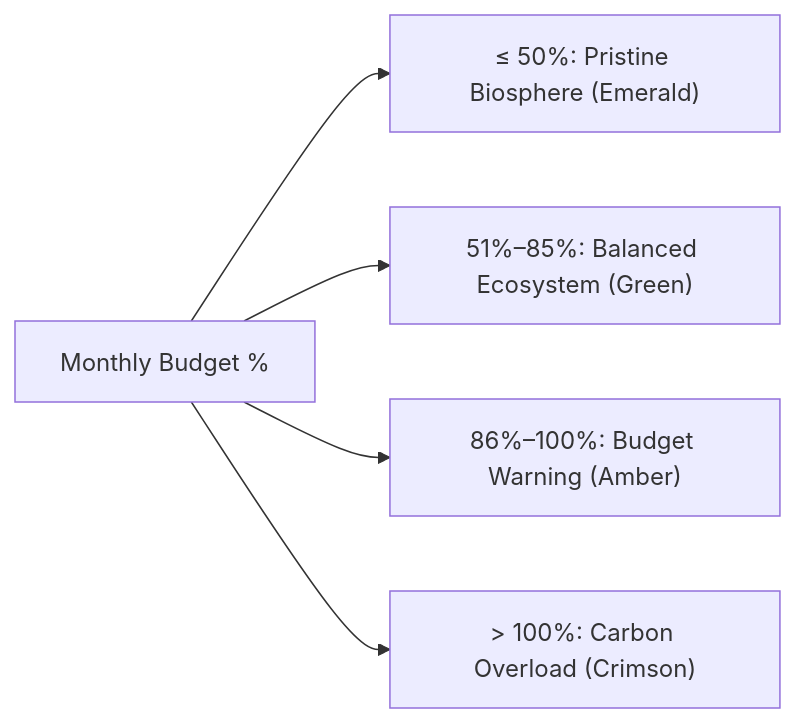
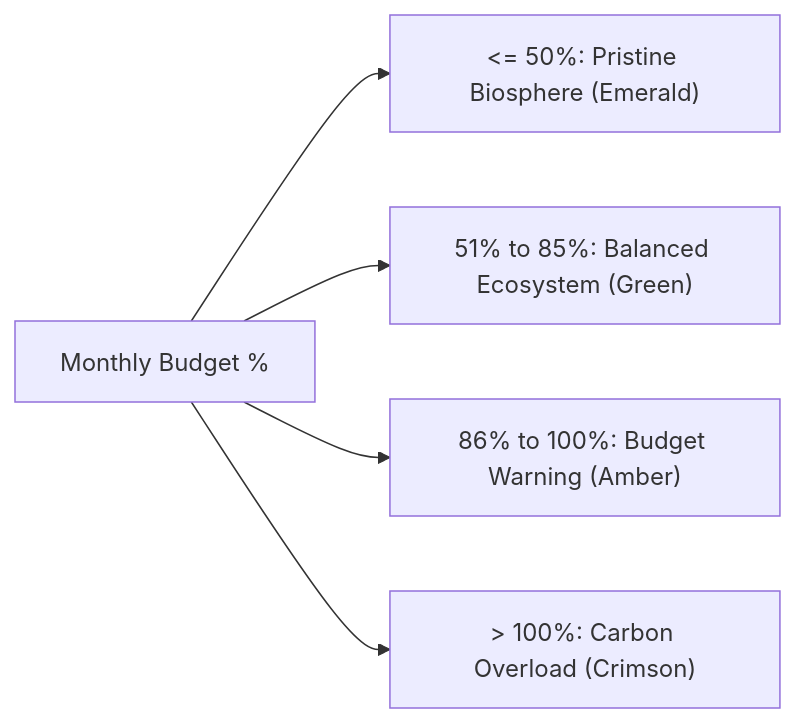
The seventh of 8 diagrams in README.md (parthibcpana/IDAI102-1000544-PARTH-PARVINBHAI-GAJERA-SA), drawn with Mermaid before and after one commit. The commit also changed other lines of this file, not shown here.

````diff
--- a/README.md
+++ b/README.md
@@ -321,7 +334,7 @@
   ```mermaid
   flowchart LR
-      P["Monthly Budget %"] --> S1["≤ 50%: Pristine Biosphere (Emerald)"]
-      P --> S2["51%–85%: Balanced Ecosystem (Green)"]
-      P --> S3["86%–100%: Budget Warning (Amber)"]
+      P["Monthly Budget %"] --> S1["<= 50%: Pristine Biosphere (Emerald)"]
+      P --> S2["51% to 85%: Balanced Ecosystem (Green)"]
+      P --> S3["86% to 100%: Budget Warning (Amber)"]
       P --> S4["> 100%: Carbon Overload (Crimson)"]
   ```
````
